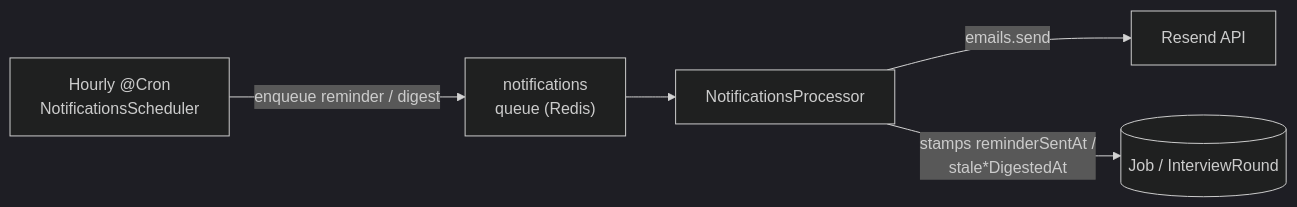
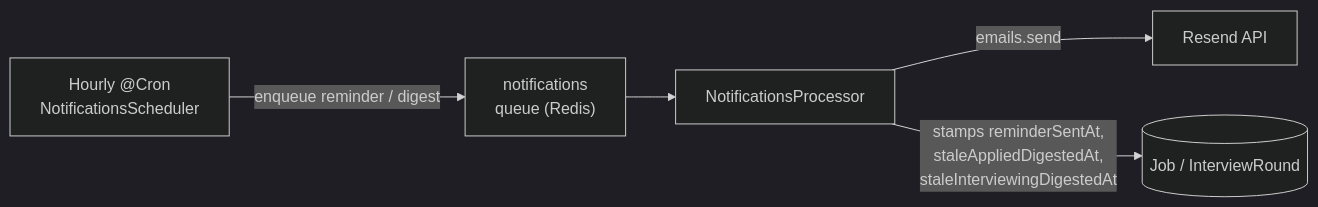
One commit to muhammadasif2017/job-tracker changed the seventh of 9 diagrams in docs/architecture.md. Above: the diagram before and after it, drawn with Mermaid (dark theme).

Commit message:
Spell out digest stamp field names in architecture diagram (#393)

````diff
--- a/docs/architecture.md
+++ b/docs/architecture.md
@@ -196,7 +196,7 @@
 ```mermaid
 flowchart LR
     CRON["Hourly @Cron<br/>NotificationsScheduler"] -->|"enqueue reminder / digest"| NQ["notifications<br/>queue (Redis)"]
     NQ --> NP[NotificationsProcessor]
     NP -->|emails.send| RESEND[Resend API]
-    NP -->|"stamps reminderSentAt /<br/>stale*DigestedAt"| JOBROW[(Job / InterviewRound)]
+    NP -->|"stamps reminderSentAt,<br/>staleAppliedDigestedAt,<br/>staleInterviewingDigestedAt"| JOBROW[(Job / InterviewRound)]
 ```
````
